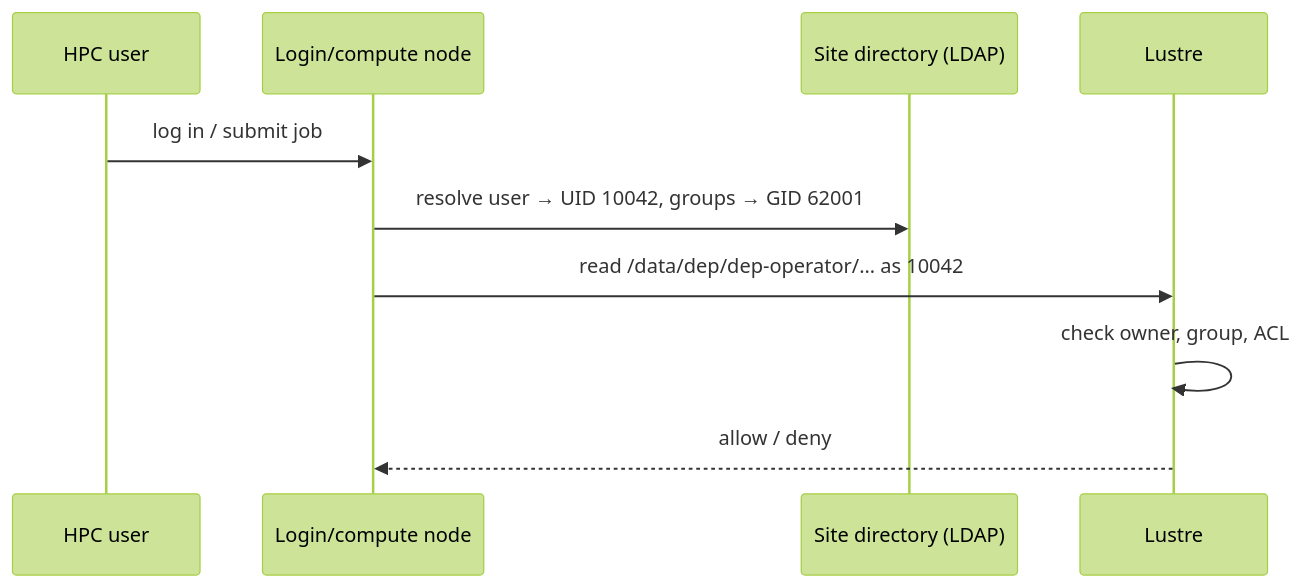
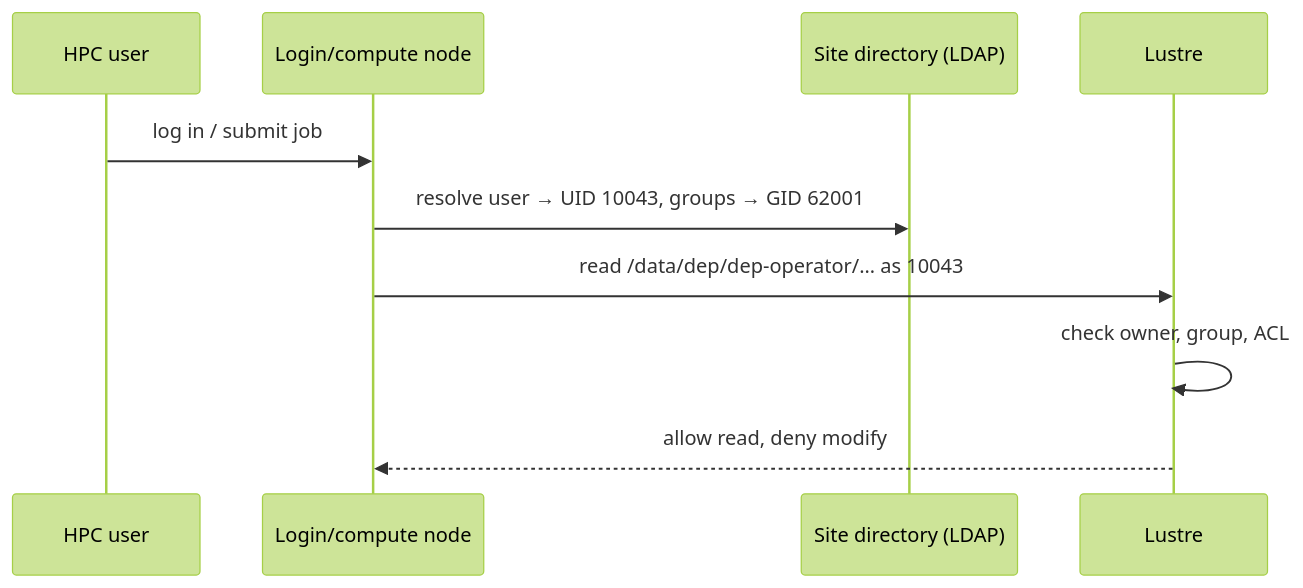
One commit to RI-SCALE/dep-dlm-testbed changed the second of 2 diagrams in docs/concepts/identity-mapping-on-hpc-storage.md. Above: the diagram before and after it, drawn with Mermaid (forest theme). The commit also changed other lines of this file and 3 other files, not shown here.

````diff
--- a/docs/concepts/identity-mapping-on-hpc-storage.md
+++ b/docs/concepts/identity-mapping-on-hpc-storage.md
@@ -144,13 +194,13 @@
 ```mermaid
 sequenceDiagram
 participant U as HPC user
 participant N as Login/compute node
 participant D as Site directory (LDAP)
 participant L as Lustre
 
 U->>N: log in / submit job
-N->>D: resolve user → UID 10042, groups → GID 62001
-N->>L: read /data/dep/dep-operator/… as 10042
+N->>D: resolve user → UID 10043, groups → GID 62001
+N->>L: read /data/dep/dep-operator/… as 10043
 L->>L: check owner, group, ACL
-L-->>N: allow / deny
+L-->>N: allow read, deny modify
 ```
````
